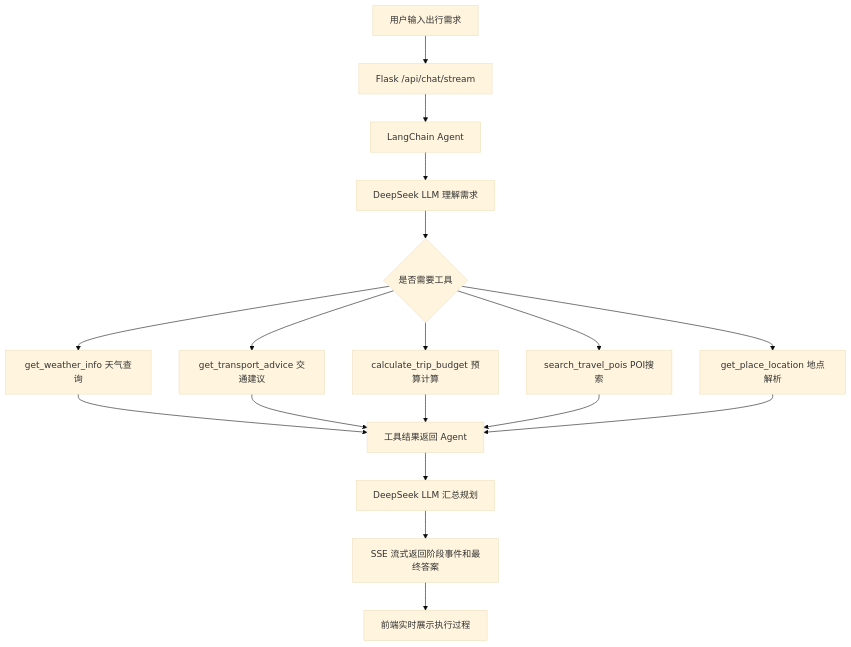
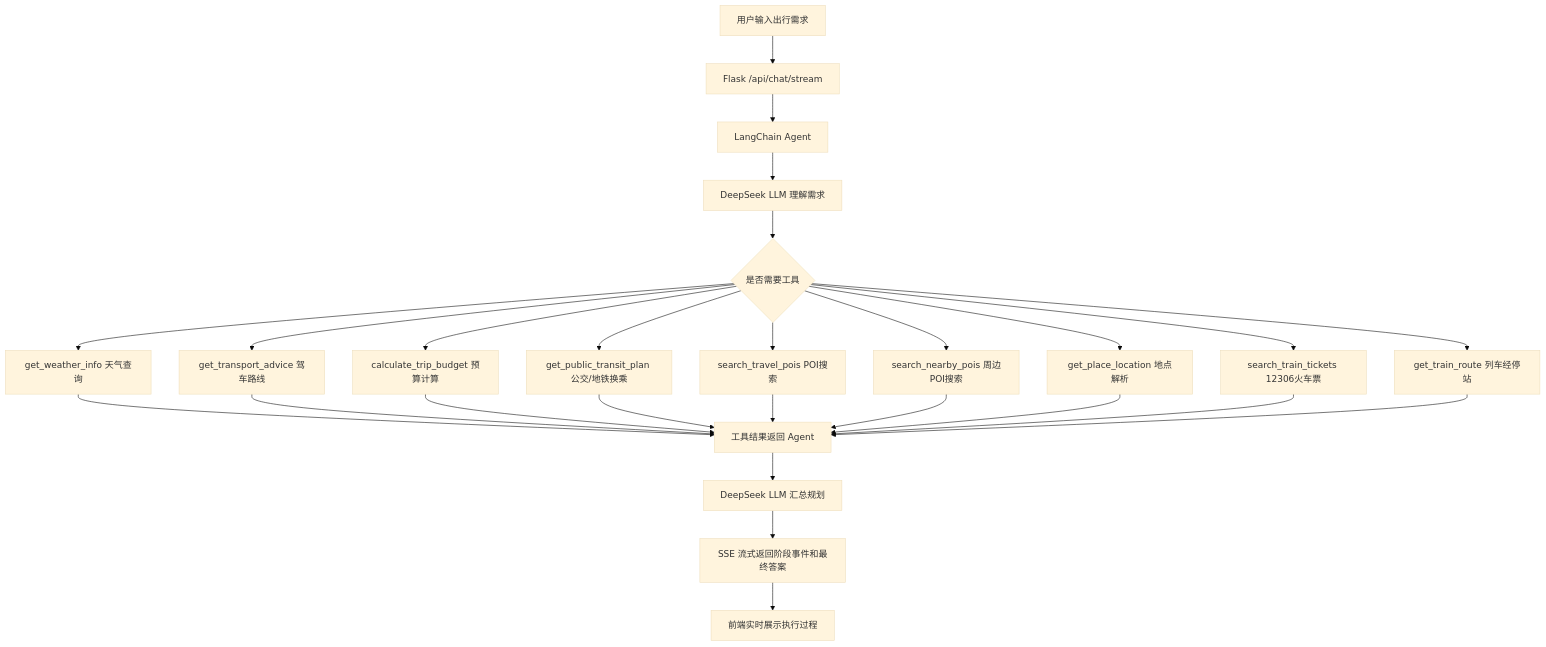
One commit to WuYe3790/Touring-Advice-agent changed the diagram in README.md. Above: the diagram before and after it, drawn with Mermaid (base theme). The commit also changed other lines of this file and 7 other files, not shown here.

````diff
--- a/README.md
+++ b/README.md
@@ -248,20 +277,28 @@
 ```mermaid
 flowchart TD
     A["用户输入出行需求"] --> B["Flask /api/chat/stream"]
     B --> C["LangChain Agent"]
     C --> D["DeepSeek LLM 理解需求"]
     D --> E{"是否需要工具"}
     E --> F["get_weather_info 天气查询"]
-    E --> G["get_transport_advice 交通建议"]
+    E --> G["get_transport_advice 驾车路线"]
     E --> H["calculate_trip_budget 预算计算"]
+    E --> Q["get_public_transit_plan 公交/地铁换乘"]
     E --> M["search_travel_pois POI搜索"]
+    E --> R["search_nearby_pois 周边POI搜索"]
     E --> N["get_place_location 地点解析"]
+    E --> O["search_train_tickets 12306火车票"]
+    E --> P["get_train_route 列车经停站"]
     F --> I["工具结果返回 Agent"]
     G --> I
     H --> I
+    Q --> I
     M --> I
+    R --> I
     N --> I
+    O --> I
+    P --> I
     I --> J["DeepSeek LLM 汇总规划"]
     J --> K["SSE 流式返回阶段事件和最终答案"]
     K --> L["前端实时展示执行过程"]
 ```
````
